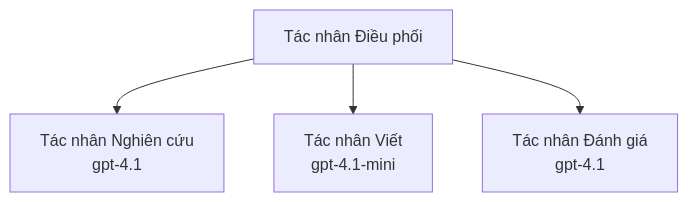
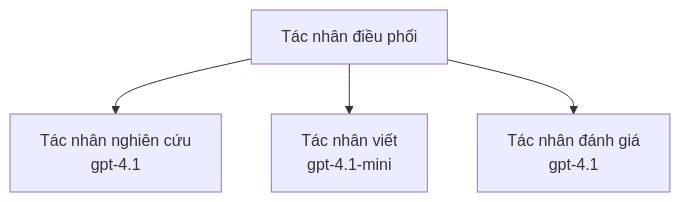
The third of 3 diagrams in translations/vi/docs/chapter-02-ai-development/agents.md (microsoft/AZD-for-beginners), drawn with Mermaid before and after one commit. The commit also changed other lines of this file and 101 other files, not shown here.

````diff
--- a/translations/vi/docs/chapter-02-ai-development/agents.md
+++ b/translations/vi/docs/chapter-02-ai-development/agents.md
@@ -189,6 +194,6 @@
 ```mermaid
 graph TD
-    Orchestrator[Tác nhân Điều phối] --> Research[Tác nhân Nghiên cứu<br/>gpt-4.1]
-    Orchestrator --> Writer[Tác nhân Viết<br/>gpt-4.1-mini]
-    Orchestrator --> Reviewer[Tác nhân Đánh giá<br/>gpt-4.1]
+    Orchestrator[Tác nhân điều phối] --> Research[Tác nhân nghiên cứu<br/>gpt-4.1]
+    Orchestrator --> Writer[Tác nhân viết<br/>gpt-4.1-mini]
+    Orchestrator --> Reviewer[Tác nhân đánh giá<br/>gpt-4.1]
 ```
````
